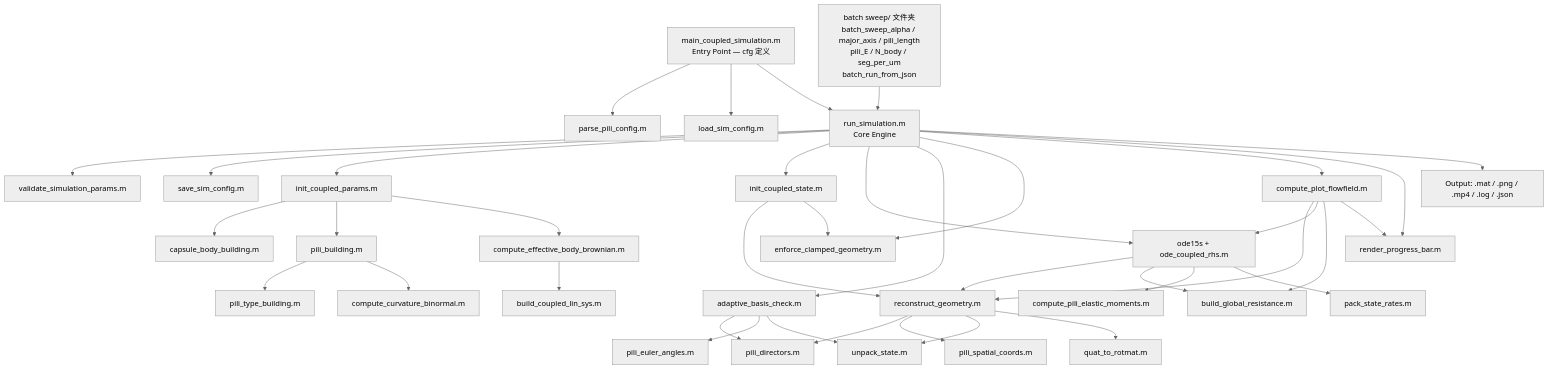
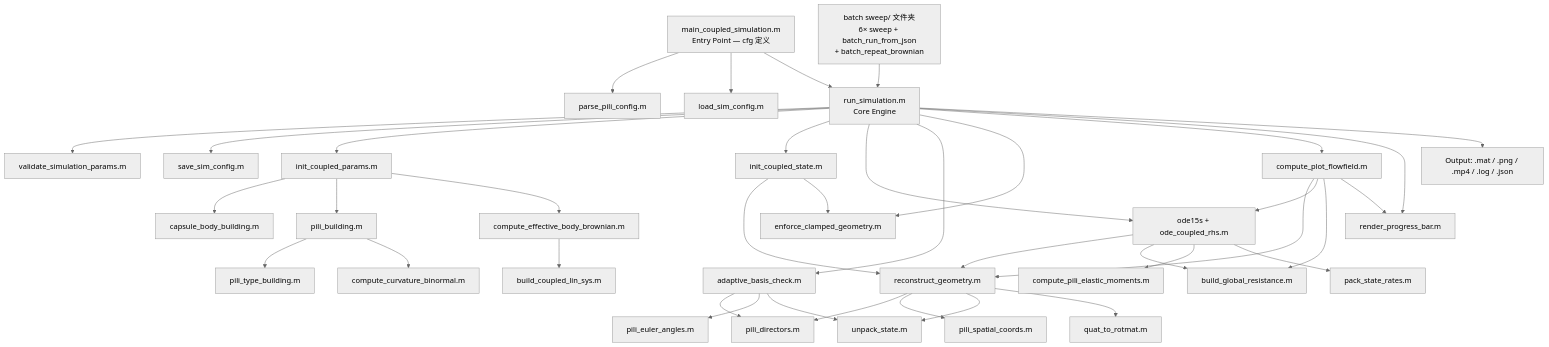
Before and after one commit to Lucien-6/Bacteria_Elastohydrodynamic_Simulation: the diagram in README.md, drawn with Mermaid (neutral theme). The commit also changed other lines of this file and 7 other files, not shown here.

````diff
--- a/README.md
+++ b/README.md
@@ -177,48 +178,48 @@
 ```mermaid
 graph TD
     ENTRY[main_coupled_simulation.m<br/>Entry Point — cfg 定义] --> PC[parse_pili_config.m]
     ENTRY --> LC[load_sim_config.m]
     ENTRY --> RUN[run_simulation.m<br/>Core Engine]
 
     RUN --> VAL[validate_simulation_params.m]
     RUN --> SC[save_sim_config.m]
     RUN --> B[init_coupled_params.m]
     RUN --> C[init_coupled_state.m]
     RUN --> D[ode15s + ode_coupled_rhs.m]
     RUN --> E[adaptive_basis_check.m]
     RUN --> F[enforce_clamped_geometry.m]
     RUN --> V[compute_plot_flowfield.m]
     RUN --> PB[render_progress_bar.m]
     RUN --> G[Output: .mat / .png / .mp4 / .log / .json]
 
     B --> H[capsule_body_building.m]
     B --> I[pili_building.m]
     B --> W[compute_effective_body_brownian.m]
     W --> W2[build_coupled_lin_sys.m]
     I --> J[pili_type_building.m]
     I --> K[compute_curvature_binormal.m]
 
     C --> L[reconstruct_geometry.m]
     C --> F
 
     D --> L
     D --> M[build_global_resistance.m]
     D --> N[compute_pili_elastic_moments.m]
     D --> P[pack_state_rates.m]
 
     V --> L
     V --> D
     V --> M
     V --> PB
 
     L --> Q[pili_directors.m]
     L --> R[pili_spatial_coords.m]
     L --> S[unpack_state.m]
     L --> T[quat_to_rotmat.m]
 
     E --> Q
     E --> U[pili_euler_angles.m]
     E --> S
 
-    BATCH["batch sweep/ 文件夹<br/>batch_sweep_alpha / major_axis / pili_length<br/>pili_E / N_body / seg_per_um<br/>batch_run_from_json"] --> RUN
+    BATCH["batch sweep/ 文件夹<br/>6× sweep + batch_run_from_json<br/>+ batch_repeat_brownian"] --> RUN
 ```
````
